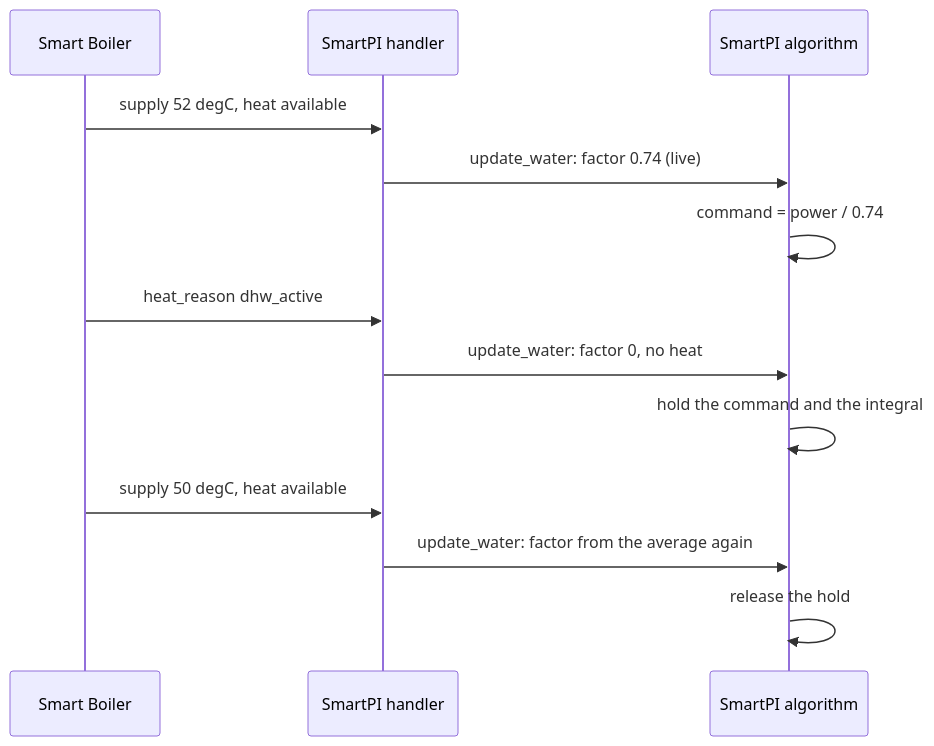
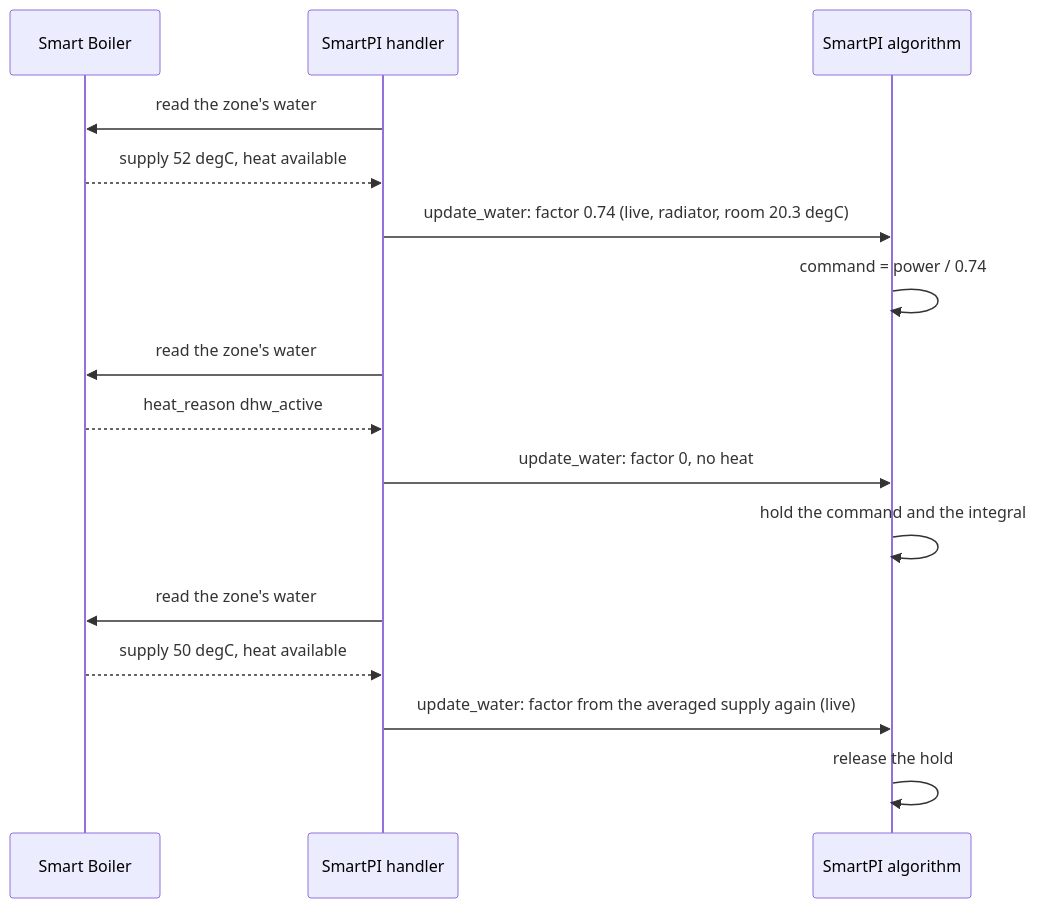
The third of 3 diagrams in documentation/en/water_input.md (Shadow-230/vtherm_smartpi), drawn with Mermaid before and after one commit. The commit also changed other lines of this file and 8 other files, not shown here.

````diff
--- a/documentation/en/water_input.md
+++ b/documentation/en/water_input.md
@@ -234,15 +245,18 @@
 ```mermaid
 sequenceDiagram
     participant SB as Smart Boiler
     participant H as SmartPI handler
     participant A as SmartPI algorithm
-    SB->>H: supply 52 degC, heat available
-    H->>A: update_water: factor 0.74 (live)
+    H->>SB: read the zone's water
+    SB-->>H: supply 52 degC, heat available
+    H->>A: update_water: factor 0.74 (live, radiator, room 20.3 degC)
     A->>A: command = power / 0.74
-    SB->>H: heat_reason dhw_active
+    H->>SB: read the zone's water
+    SB-->>H: heat_reason dhw_active
     H->>A: update_water: factor 0, no heat
     A->>A: hold the command and the integral
-    SB->>H: supply 50 degC, heat available
-    H->>A: update_water: factor from the average again
+    H->>SB: read the zone's water
+    SB-->>H: supply 50 degC, heat available
+    H->>A: update_water: factor from the averaged supply again (live)
     A->>A: release the hold
 ```
````
